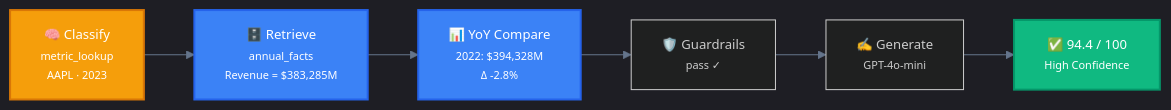
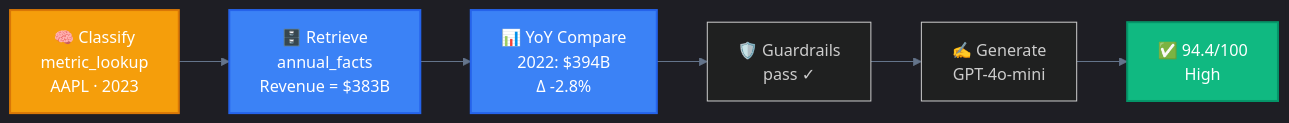
The first of 3 diagrams in docs/retrieval-routes.md (bhattaraisubal-eng/sec-intelligence-system), drawn with Mermaid before and after one commit. The commit also changed other lines of this file and 3 other files, not shown here.

First line of the commit message:
Fix Mermaid diagram text cutoff - remove unsupported HTML tags

````diff
--- a/docs/retrieval-routes.md
+++ b/docs/retrieval-routes.md
@@ -170,20 +170,20 @@
 ```mermaid
-%%{init: {'theme': 'dark', 'themeVariables': {'primaryColor': '#1e293b', 'primaryBorderColor': '#475569', 'lineColor': '#64748b', 'fontFamily': 'ui-monospace, monospace', 'fontSize': '13px'}}}%%
+%%{init: {'theme': 'dark', 'themeVariables': {'primaryColor': '#1e293b', 'primaryBorderColor': '#475569', 'lineColor': '#64748b'}}}%%
 graph LR
-    A["🧠 Classify<br/><small>metric_lookup</small><br/><small>AAPL · 2023</small>"]
-    B["🗄️ Retrieve<br/><small>annual_facts</small><br/><small>Revenue = $383,285M</small>"]
-    C["📊 YoY Compare<br/><small>2022: $394,328M</small><br/><small>Δ -2.8%</small>"]
-    D["🛡️ Guardrails<br/><small>pass ✓</small>"]
-    E["✍️ Generate<br/><small>GPT-4o-mini</small>"]
-    F["✅ 94.4 / 100<br/><small>High Confidence</small>"]
+    A["🧠 Classify<br/>metric_lookup<br/>AAPL · 2023"]
+    B["🗄️ Retrieve<br/>annual_facts<br/>Revenue = $383B"]
+    C["📊 YoY Compare<br/>2022: $394B<br/>Δ -2.8%"]
+    D["🛡️ Guardrails<br/>pass ✓"]
+    E["✍️ Generate<br/>GPT-4o-mini"]
+    F["✅ 94.4/100<br/>High"]
 
     A --> B --> C --> D --> E --> F
 
     classDef classify fill:#f59e0b,stroke:#d97706,color:#fff,stroke-width:2px
     classDef data fill:#3b82f6,stroke:#2563eb,color:#fff,stroke-width:2px
     classDef output fill:#10b981,stroke:#059669,color:#fff,stroke-width:2px
 
     class A classify
     class B,C data
     class F output
 ```
````
